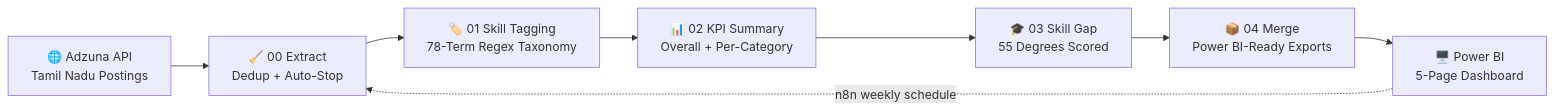
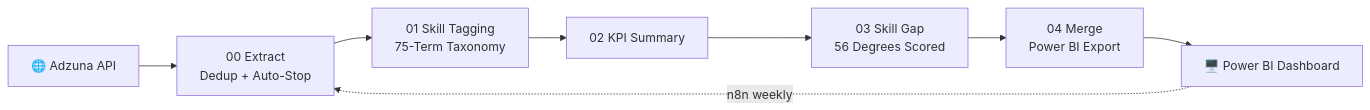
The diagram in README.md (Bernad2304/Career_Pathway_Intelligence), drawn with Mermaid before and after one commit. The commit also changed other lines of this file, not shown here.

````diff
--- a/README.md
+++ b/README.md
@@ -63,10 +42,10 @@
 ```mermaid
 flowchart LR
-    A[🌐 Adzuna API<br>Tamil Nadu Postings] --> B[🧹 00 Extract<br>Dedup + Auto-Stop]
-    B --> C[🏷️ 01 Skill Tagging<br>78-Term Regex Taxonomy]
-    C --> D[📊 02 KPI Summary<br>Overall + Per-Category]
-    D --> E[🎓 03 Skill Gap<br>55 Degrees Scored]
-    E --> F[📦 04 Merge<br>Power BI-Ready Exports]
-    F --> G[🖥️ Power BI<br>5-Page Dashboard]
-    G -.->|n8n weekly schedule| B
+    A[🌐 Adzuna API] --> B[00 Extract<br>Dedup + Auto-Stop]
+    B --> C[01 Skill Tagging<br>75-Term Taxonomy]
+    C --> D[02 KPI Summary]
+    D --> E[03 Skill Gap<br>56 Degrees Scored]
+    E --> F[04 Merge<br>Power BI Export]
+    F --> G[🖥️ Power BI Dashboard]
+    G -.->|n8n weekly| B
 ```
````
